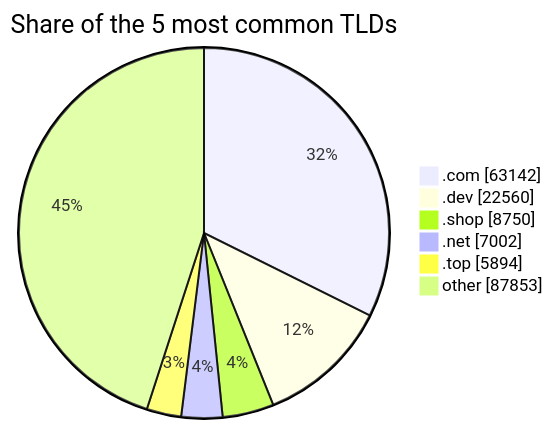
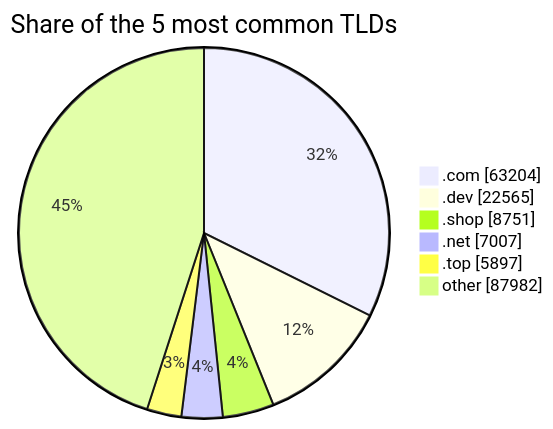
Before and after one commit to DNSBunker/CTI: the third of 3 diagrams in README.md, drawn with Mermaid. The commit also changed other lines of this file and 3 other files, not shown here.

````diff
--- a/README.md
+++ b/README.md
@@ -81,9 +81,9 @@
 ```mermaid
 pie showData title Share of the 5 most common TLDs
-    ".com" : 63142
-    ".dev" : 22560
-    ".shop" : 8750
-    ".net" : 7002
-    ".top" : 5894
-    "other" : 87853
+    ".com" : 63204
+    ".dev" : 22565
+    ".shop" : 8751
+    ".net" : 7007
+    ".top" : 5897
+    "other" : 87982
 ```
````
